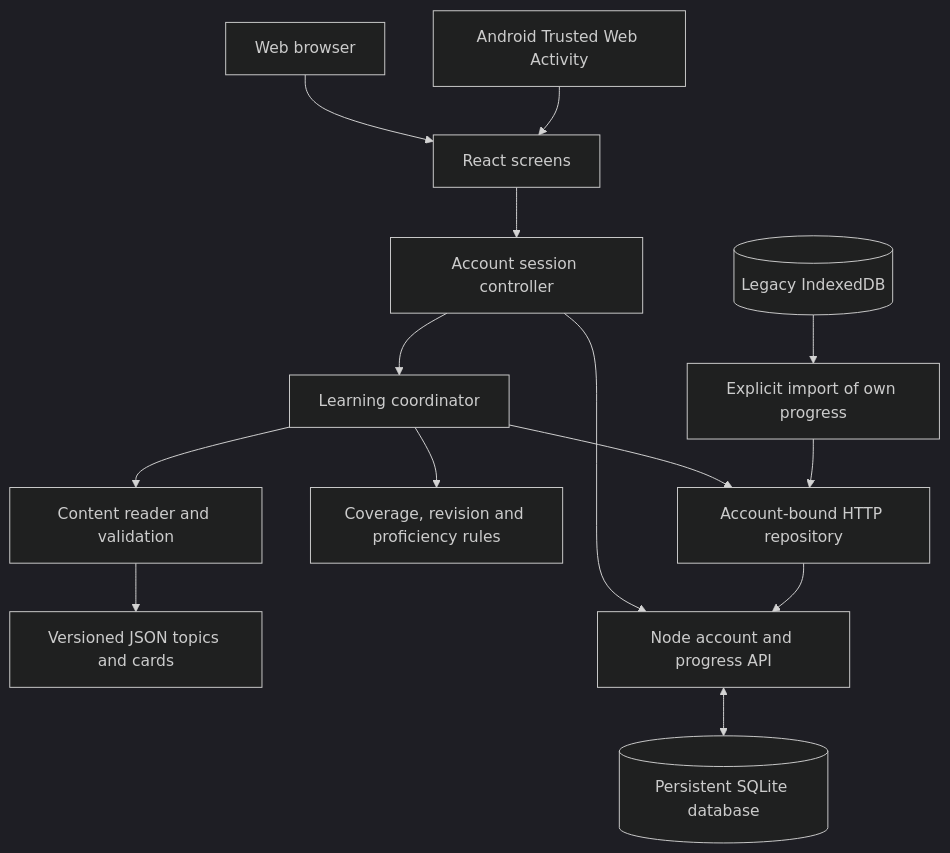
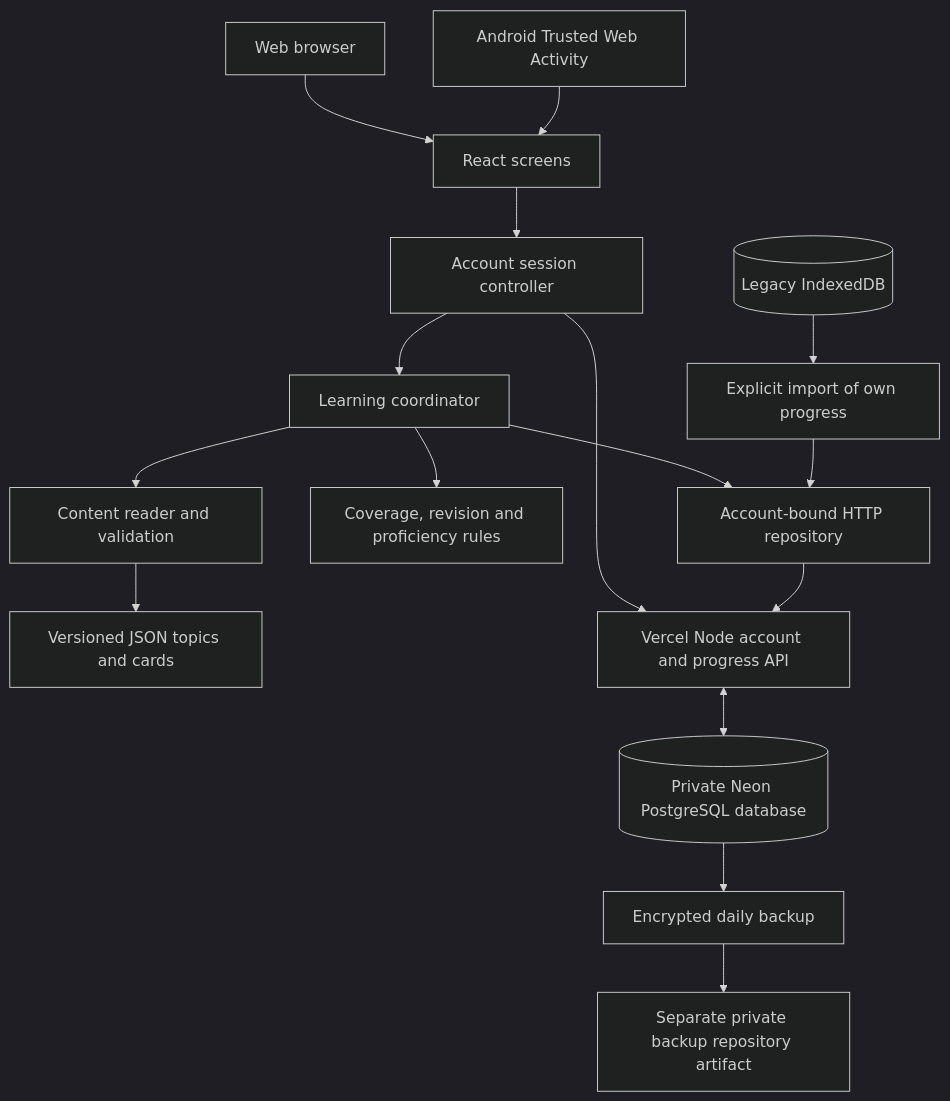
The first of 2 diagrams in docs/project-artifacts/hld.md (RamMarthi9/SQLFlashCards), drawn with Mermaid (dark theme) before and after one commit. The commit also changed other lines of this file and 31 other files, not shown here.

Commit message:
Prepare Vercel hosting with persistent accounts and encrypted backups

````diff
--- a/docs/project-artifacts/hld.md
+++ b/docs/project-artifacts/hld.md
@@ -21,16 +21,18 @@
 ```mermaid
 flowchart TD
     Web[Web browser] --> UI[React screens]
     Android[Android Trusted Web Activity] --> UI
     UI --> Auth[Account session controller]
     Auth --> App[Learning coordinator]
     App --> Content[Content reader and validation]
     Content --> JSON[Versioned JSON topics and cards]
     App --> Rules[Coverage, revision and proficiency rules]
     App --> HTTP[Account-bound HTTP repository]
-    Auth --> API[Node account and progress API]
+    Auth --> API[Vercel Node account and progress API]
     HTTP --> API
-    API <--> DB[(Persistent SQLite database)]
+    API <--> DB[(Private Neon PostgreSQL database)]
+    DB --> Backup[Encrypted daily backup]
+    Backup --> Archive[Separate private backup repository artifact]
     Legacy[(Legacy IndexedDB)] --> Import[Explicit import of own progress]
     Import --> HTTP
 ```
````
